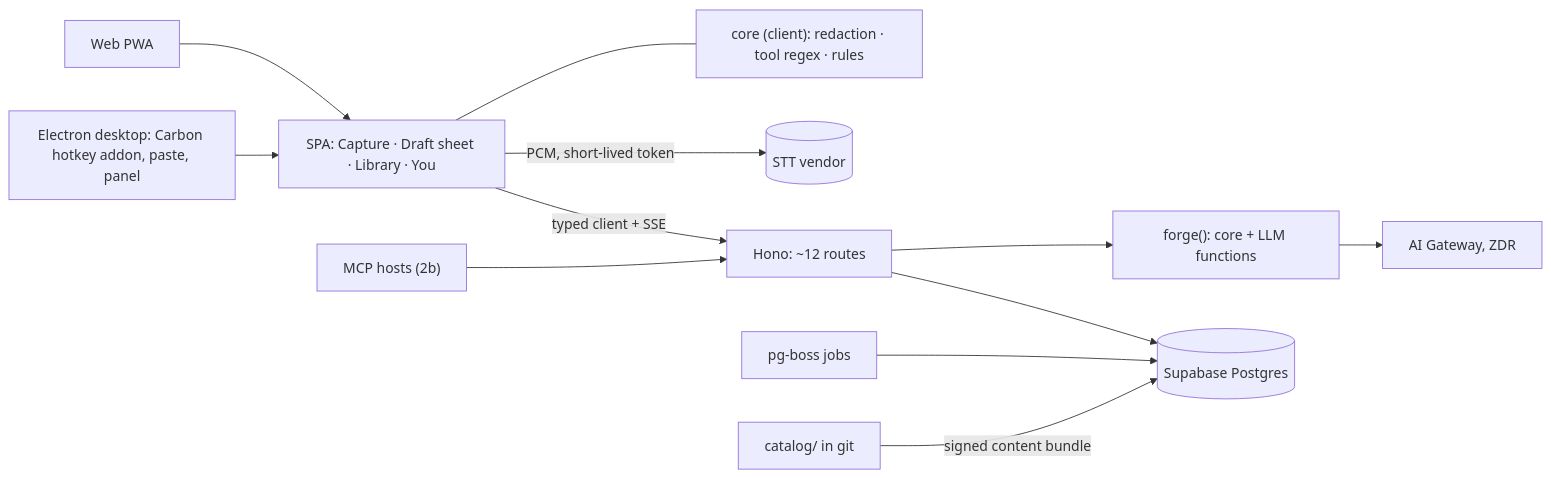
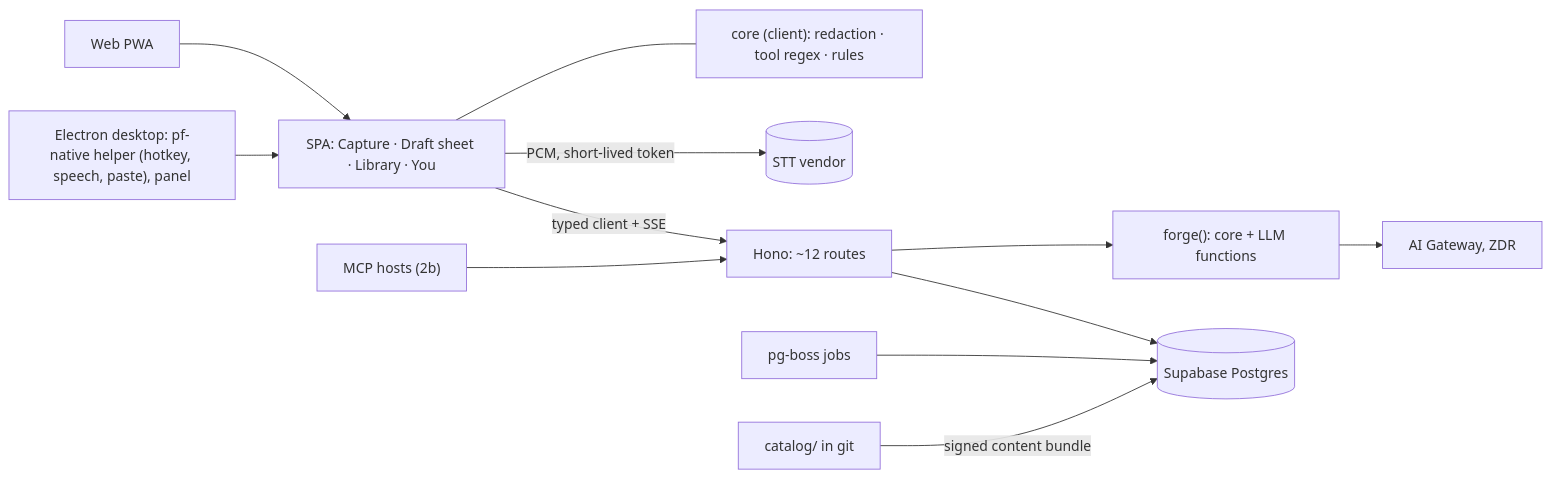
The diagram in docs/blueprint/BLUEPRINT.md (jeevithg090/PromptAI), drawn with Mermaid before and after one commit. The commit also changed other lines of this file, not shown here.

First line of the commit message:
docs(blueprint): finish the Swift-helper wording

````diff
--- a/docs/blueprint/BLUEPRINT.md
+++ b/docs/blueprint/BLUEPRINT.md
@@ -76,13 +76,13 @@
 ```mermaid
 flowchart LR
   W[Web PWA] --> UI
-  D["Electron desktop: Carbon hotkey addon, paste, panel"] --> UI
+  D["Electron desktop: pf-native helper (hotkey, speech, paste), panel"] --> UI
   UI["SPA: Capture · Draft sheet · Library · You"] --- CC["core (client): redaction · tool regex · rules"]
   UI -- "PCM, short-lived token" --> STT[("STT vendor")]
   UI -- "typed client + SSE" --> API["Hono: ~12 routes"]
   H["MCP hosts (2b)"] --> API
   API --> F["forge(): core + LLM functions"] --> GW["AI Gateway, ZDR"]
   API --> PG[("Supabase Postgres")]
   JOBS["pg-boss jobs"] --> PG
   GIT["catalog/ in git"] -- "signed content bundle" --> PG
 ```
````
